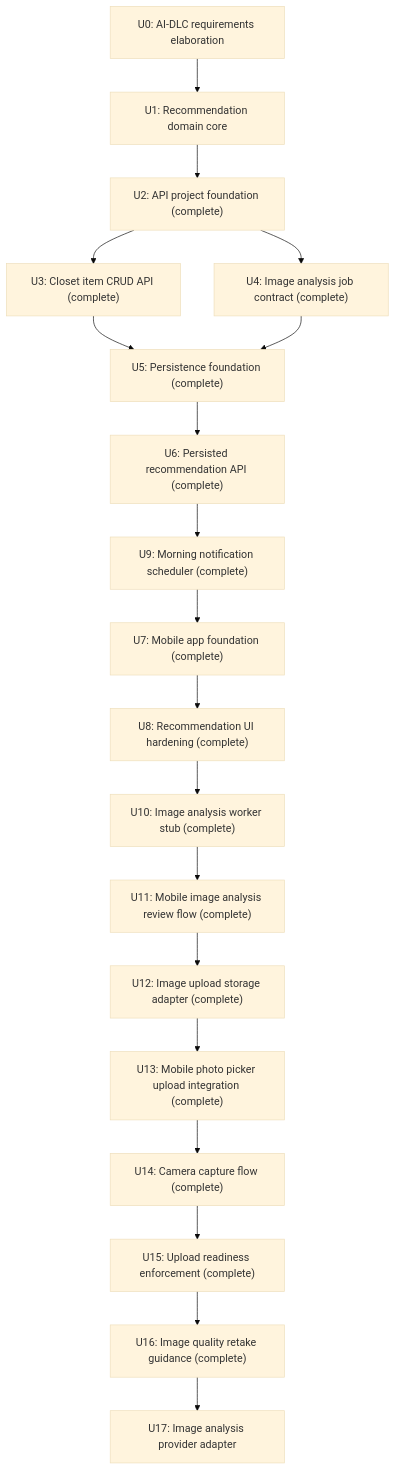
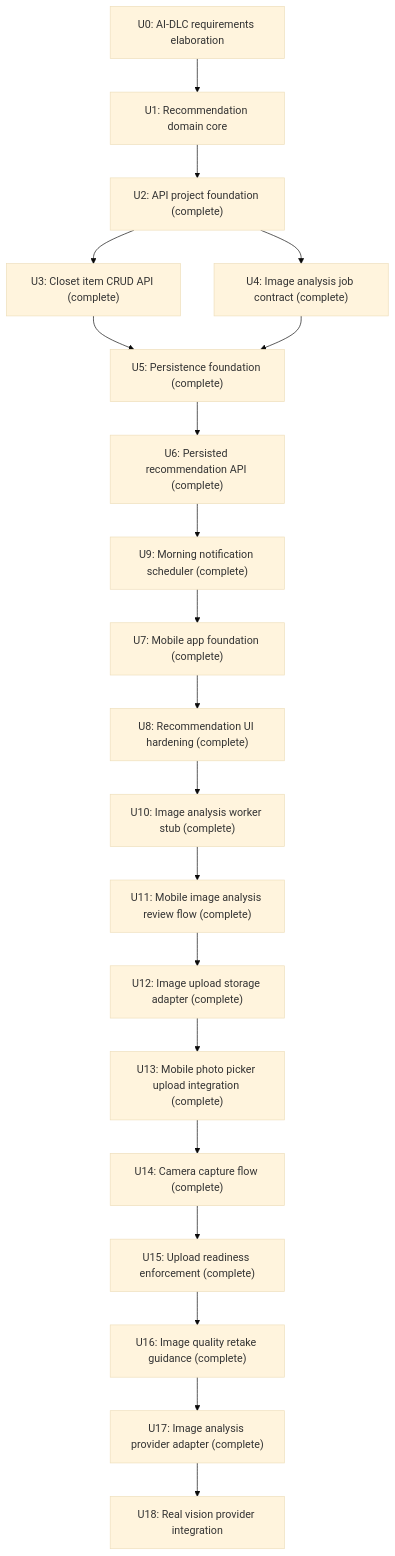
One commit to idealization/Fitlog changed the diagram in requirements/ai_dlc/00_intent.md. Above: the diagram before and after it, drawn with Mermaid (base theme). The commit also changed other lines of this file and 11 other files, not shown here.

Commit message:
Add image analysis provider adapter

````diff
--- a/requirements/ai_dlc/00_intent.md
+++ b/requirements/ai_dlc/00_intent.md
@@ -30,21 +30,22 @@
 ```mermaid
 flowchart TD
     U0["U0: AI-DLC requirements elaboration"] --> U1["U1: Recommendation domain core"]
     U1 --> U2["U2: API project foundation (complete)"]
     U2 --> U3["U3: Closet item CRUD API (complete)"]
     U2 --> U4["U4: Image analysis job contract (complete)"]
     U3 --> U5["U5: Persistence foundation (complete)"]
     U4 --> U5
     U5 --> U6["U6: Persisted recommendation API (complete)"]
     U6 --> U9["U9: Morning notification scheduler (complete)"]
     U9 --> U7["U7: Mobile app foundation (complete)"]
     U7 --> U8["U8: Recommendation UI hardening (complete)"]
     U8 --> U10["U10: Image analysis worker stub (complete)"]
     U10 --> U11["U11: Mobile image analysis review flow (complete)"]
     U11 --> U12["U12: Image upload storage adapter (complete)"]
     U12 --> U13["U13: Mobile photo picker upload integration (complete)"]
     U13 --> U14["U14: Camera capture flow (complete)"]
     U14 --> U15["U15: Upload readiness enforcement (complete)"]
     U15 --> U16["U16: Image quality retake guidance (complete)"]
-    U16 --> U17["U17: Image analysis provider adapter"]
+    U16 --> U17["U17: Image analysis provider adapter (complete)"]
+    U17 --> U18["U18: Real vision provider integration"]
 ```
````
